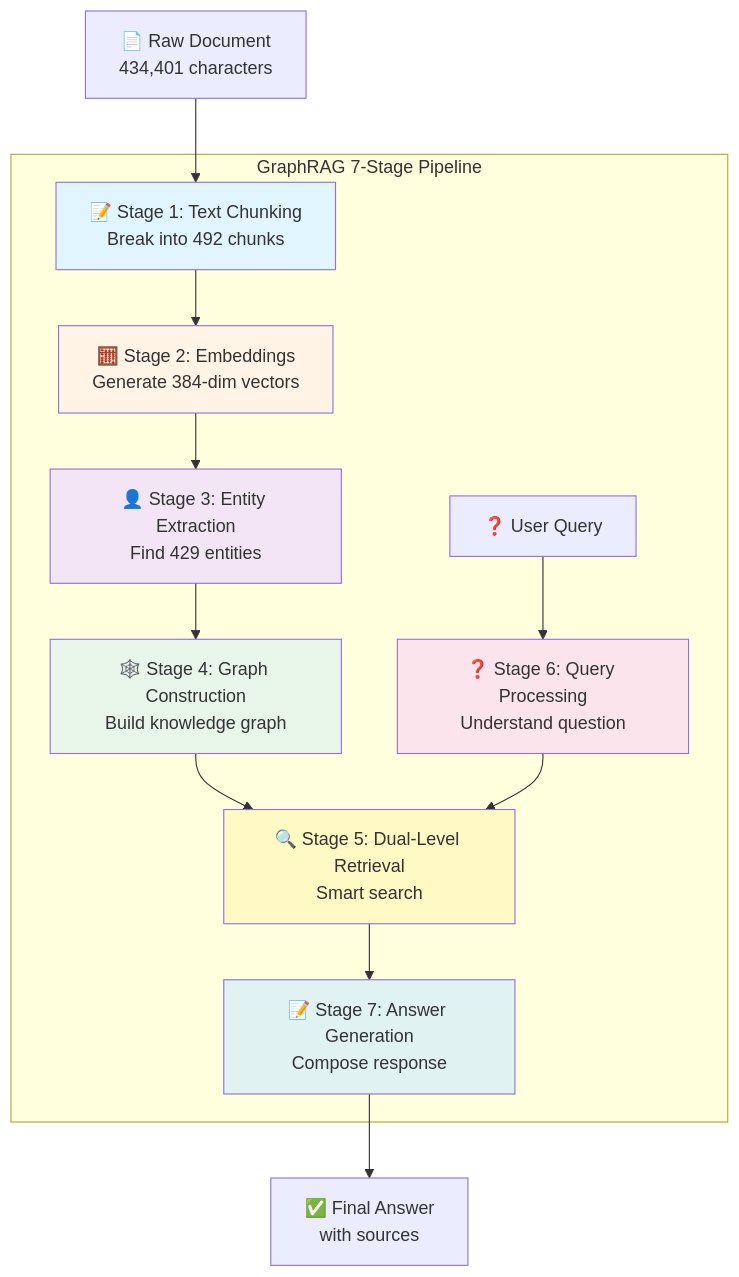
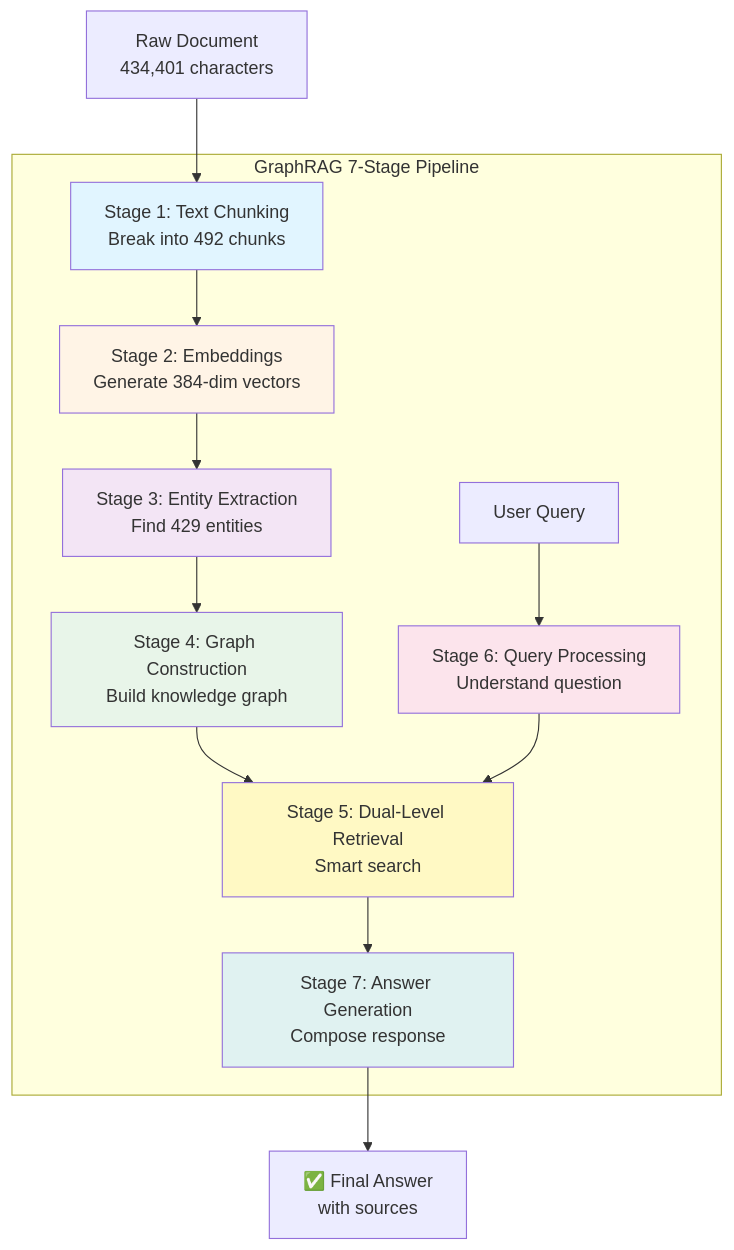
Before and after one commit to automataIA/graphrag-rs: the first of 2 diagrams in HOW_IT_WORKS.md, drawn with Mermaid. The commit also changed other lines of this file and 293 other files, not shown here.

````diff
--- a/HOW_IT_WORKS.md
+++ b/HOW_IT_WORKS.md
@@ -440,33 +440,33 @@
 ```mermaid
 flowchart TB
-    Input[📄 Raw Document<br/>434,401 characters] --> Stage1
+    Input[Raw Document<br/>434,401 characters] --> Stage1
 
     subgraph Pipeline ["GraphRAG 7-Stage Pipeline"]
-        Stage1[📝 Stage 1: Text Chunking<br/>Break into 492 chunks]
-        Stage2[🧮 Stage 2: Embeddings<br/>Generate 384-dim vectors]
-        Stage3[👤 Stage 3: Entity Extraction<br/>Find 429 entities]
-        Stage4[🕸️ Stage 4: Graph Construction<br/>Build knowledge graph]
-        Stage5[🔍 Stage 5: Dual-Level Retrieval<br/>Smart search]
-        Stage6[❓ Stage 6: Query Processing<br/>Understand question]
-        Stage7[📝 Stage 7: Answer Generation<br/>Compose response]
+        Stage1[Stage 1: Text Chunking<br/>Break into 492 chunks]
+        Stage2[Stage 2: Embeddings<br/>Generate 384-dim vectors]
+        Stage3[Stage 3: Entity Extraction<br/>Find 429 entities]
+        Stage4[Stage 4: Graph Construction<br/>Build knowledge graph]
+        Stage5[Stage 5: Dual-Level Retrieval<br/>Smart search]
+        Stage6[Stage 6: Query Processing<br/>Understand question]
+        Stage7[Stage 7: Answer Generation<br/>Compose response]
 
         Stage1 --> Stage2
         Stage2 --> Stage3
         Stage3 --> Stage4
         Stage4 --> Stage5
 
-        Query[❓ User Query] --> Stage6
+        Query[User Query] --> Stage6
         Stage6 --> Stage5
         Stage5 --> Stage7
     end
 
     Stage7 --> Output[✅ Final Answer<br/>with sources]
 
     style Stage1 fill:#e1f5ff
     style Stage2 fill:#fff4e6
     style Stage3 fill:#f3e5f5
     style Stage4 fill:#e8f5e9
     style Stage5 fill:#fff9c4
     style Stage6 fill:#fce4ec
     style Stage7 fill:#e0f2f1
 ```
````
